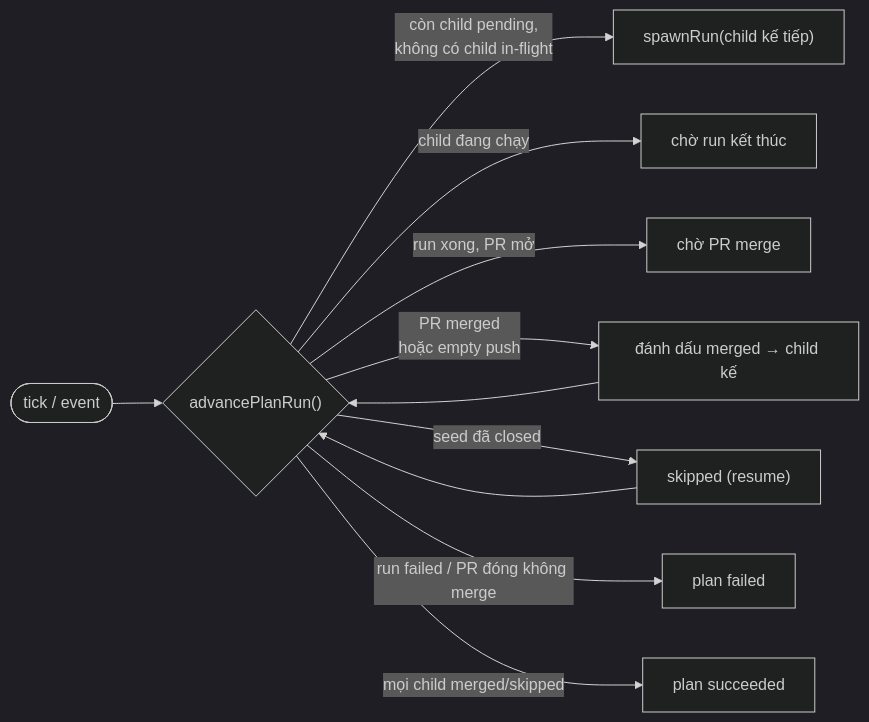
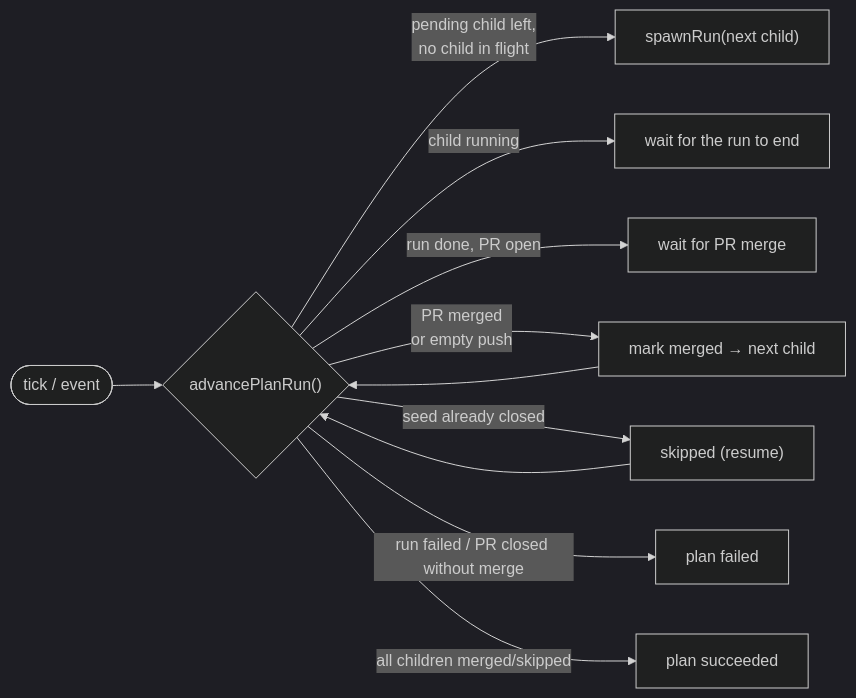
Diagram 11 of 12 in docs/design/architecture-overview.md (namphuongtran/warren), drawn with Mermaid (dark theme) before and after one commit. The commit also changed other lines of this file and 4 other files, not shown here.

````diff
--- a/docs/design/architecture-overview.md
+++ b/docs/design/architecture-overview.md
@@ -565,13 +565,13 @@
 ```mermaid
 flowchart LR
     tick(["tick / event"]) --> adv{"advancePlanRun()"}
-    adv -- "còn child pending,<br/>không có child in-flight" --> disp["spawnRun(child kế tiếp)"]
-    adv -- "child đang chạy" --> wait1["chờ run kết thúc"]
-    adv -- "run xong, PR mở" --> wait2["chờ PR merge"]
-    adv -- "PR merged<br/>hoặc empty push" --> next["đánh dấu merged → child kế"]
-    adv -- "seed đã closed" --> skip["skipped (resume)"]
-    adv -- "run failed / PR đóng không merge" --> pfail["plan failed"]
-    adv -- "mọi child merged/skipped" --> pok["plan succeeded"]
+    adv -- "pending child left,<br/>no child in flight" --> disp["spawnRun(next child)"]
+    adv -- "child running" --> wait1["wait for the run to end"]
+    adv -- "run done, PR open" --> wait2["wait for PR merge"]
+    adv -- "PR merged<br/>or empty push" --> next["mark merged → next child"]
+    adv -- "seed already closed" --> skip["skipped (resume)"]
+    adv -- "run failed / PR closed without merge" --> pfail["plan failed"]
+    adv -- "all children merged/skipped" --> pok["plan succeeded"]
     next --> adv
     skip --> adv
 ```
````
